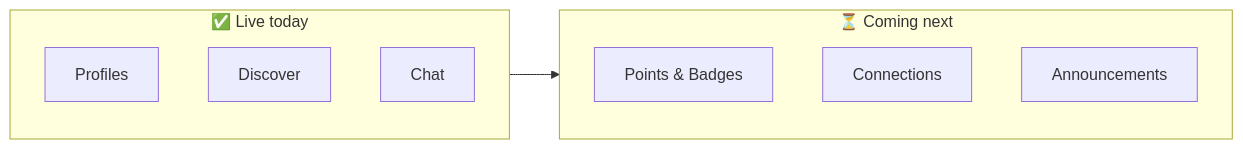
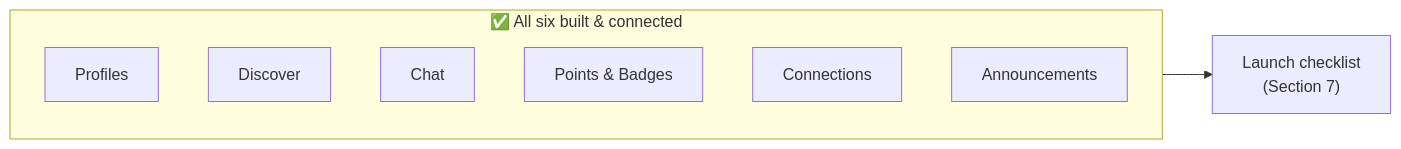
The fourth of 8 diagrams in docs/FOUNDER-PROGRESS-REPORT.md (Deepesh-Katudia/the-third-space), drawn with Mermaid before and after one commit. The commit also changed other lines of this file, not shown here.

````diff
--- a/docs/FOUNDER-PROGRESS-REPORT.md
+++ b/docs/FOUNDER-PROGRESS-REPORT.md
@@ -80,14 +80,12 @@
 ```mermaid
 flowchart LR
-    subgraph Done["✅ Live today"]
+    subgraph Done["✅ All six built & connected"]
         A["Profiles"]
         B["Discover"]
         C["Chat"]
-    end
-    subgraph Next["⏳ Coming next"]
         D["Points & Badges"]
         E["Connections"]
         F["Announcements"]
     end
-    Done --> Next
+    Done --> Launch["Launch checklist<br/>(Section 7)"]
 ```
````
